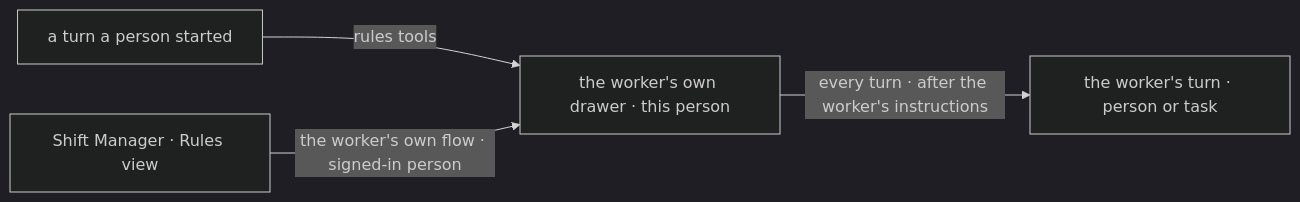
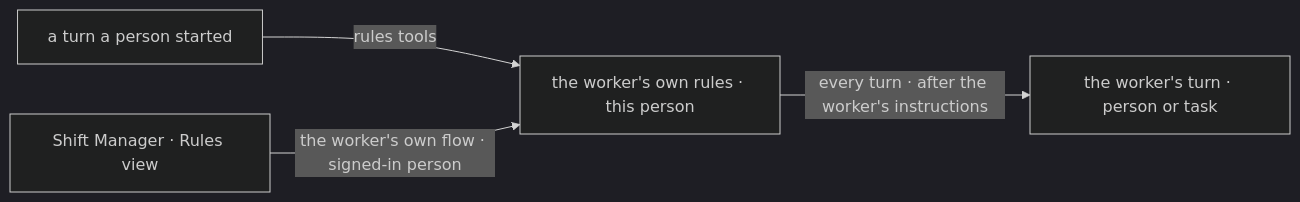
The second of 2 diagrams in specs/issues/FIX-1945/SPEC.md (fixpoint-labs/flow-state-dev), drawn with Mermaid (dark theme) before and after one commit. The commit also changed other lines of this file and 7 other files, not shown here.

````diff
--- a/specs/issues/FIX-1945/SPEC.md
+++ b/specs/issues/FIX-1945/SPEC.md
@@ -84,6 +84,6 @@
 ```mermaid
 flowchart LR
-  P["a turn a person started"] -->|"rules tools"| D["the worker's own drawer · this person"]
+  P["a turn a person started"] -->|"rules tools"| D["the worker's own rules · this person"]
   UI["Shift Manager · Rules view"] -->|"the worker's own flow · signed-in person"| D
   D -->|"every turn · after the worker's instructions"| T["the worker's turn · person or task"]
 ```
````
